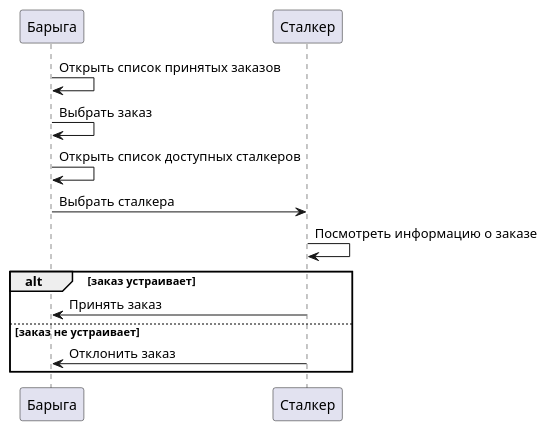
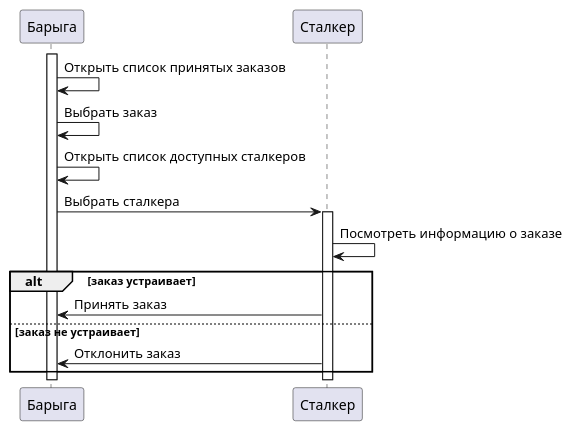
The diagram in use-case-view/sequence_diagram_abstract.puml (avdosev/itmo-software-diagrams), drawn with PlantUML before and after one commit.

Commit message:
fix sequence in logical view

```diff
--- a/use-case-view/sequence_diagram_abstract.puml
+++ b/use-case-view/sequence_diagram_abstract.puml
@@ -2,18 +2,20 @@
 @startuml
 
+activate Барыга
 Барыга -> Барыга: Открыть список принятых заказов
 Барыга -> Барыга: Выбрать заказ
 
 Барыга -> Барыга: Открыть список доступных сталкеров
 Барыга -> Сталкер: Выбрать сталкера
+activate Сталкер
 
 Сталкер -> Сталкер: Посмотреть информацию о заказе
 
 alt заказ устраивает
     Сталкер -> Барыга: Принять заказ
 else заказ не устраивает
     Сталкер -> Барыга: Отклонить заказ
 end
 
 
 @enduml
```
